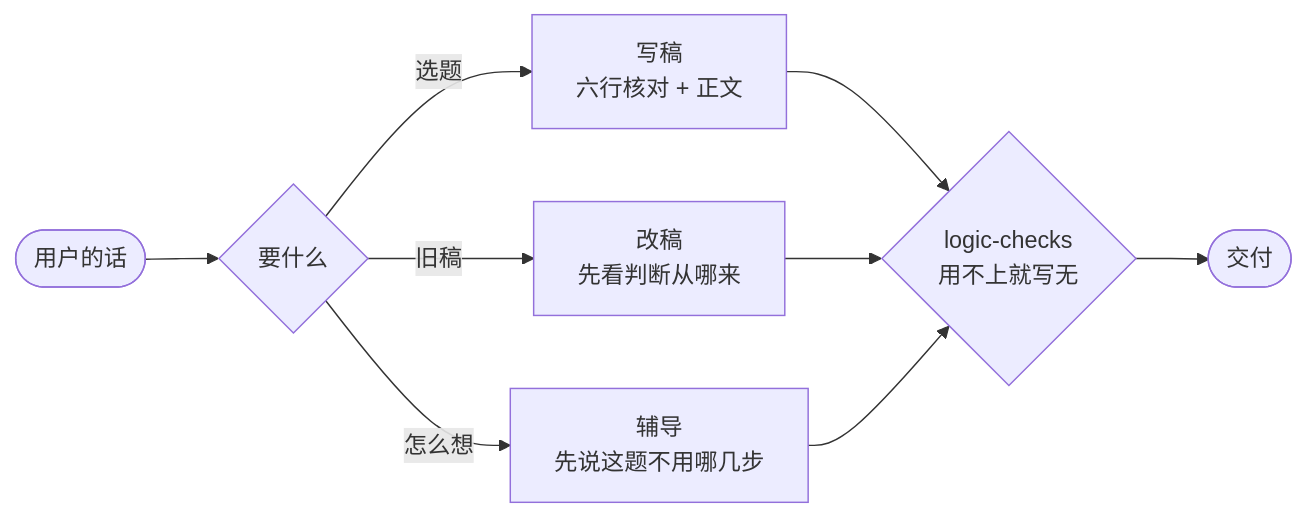
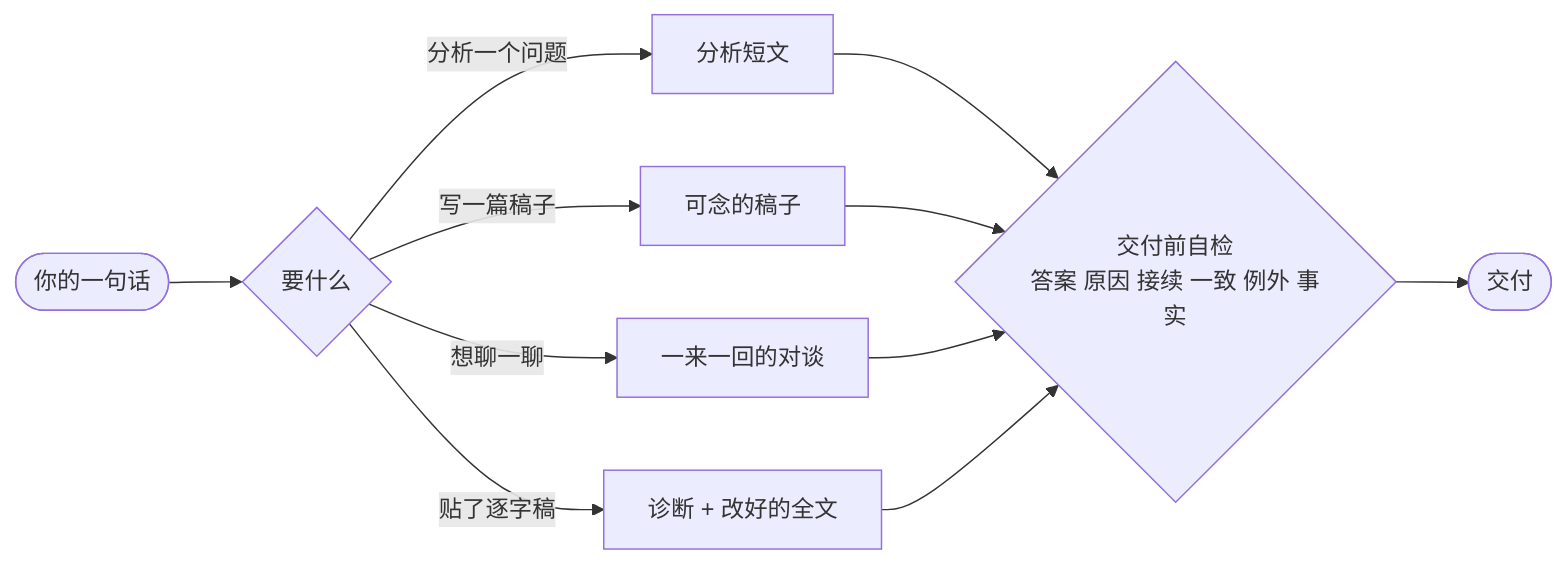
The first of 2 diagrams in README.md (chrislitality-svg/think-like-wangziru), drawn with Mermaid before and after one commit. The commit also changed other lines of this file and 11 other files, not shown here.

````diff
--- a/README.md
+++ b/README.md
@@ -109,11 +113,13 @@
 ```mermaid
 flowchart LR
-    IN([用户的话]) --> R{要什么}
-    R -- 选题 --> W[写稿<br/>六行核对 + 正文]
-    R -- 旧稿 --> E[改稿<br/>先看判断从哪来]
-    R -- 怎么想 --> C[辅导<br/>先说这题不用哪几步]
-    W --> L{logic-checks<br/>用不上就写无}
+    IN([你的一句话]) --> R{要什么}
+    R -- 分析一个问题 --> A[分析短文]
+    R -- 写一篇稿子 --> W[可念的稿子]
+    R -- 想聊一聊 --> D[一来一回的对谈]
+    R -- 贴了逐字稿 --> E[诊断 + 改好的全文]
+    A --> L{交付前自检<br/>答案 原因 接续 一致 例外 事实}
+    W --> L
+    D --> L
     E --> L
-    C --> L
     L --> OUT([交付])
 ```
````
